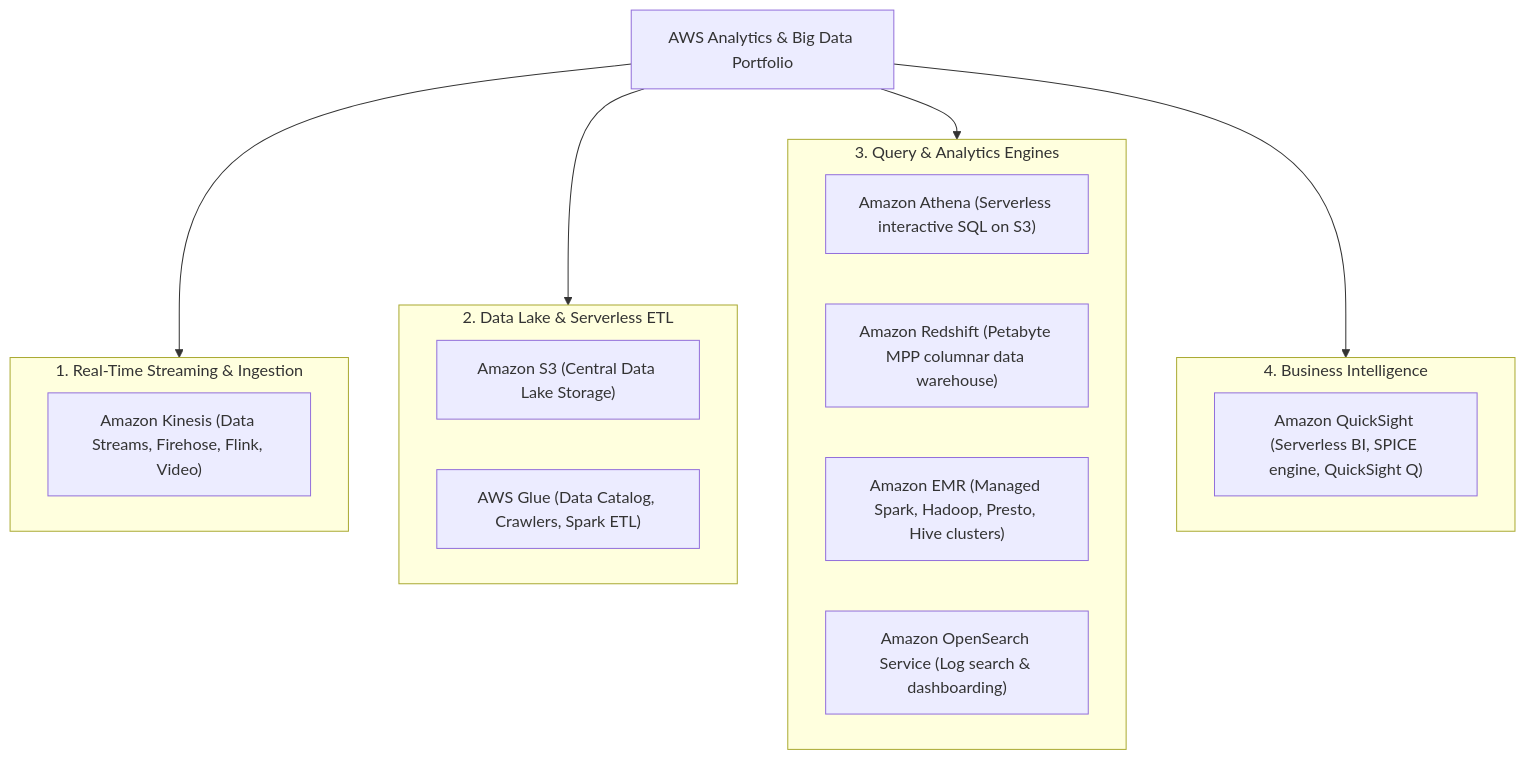
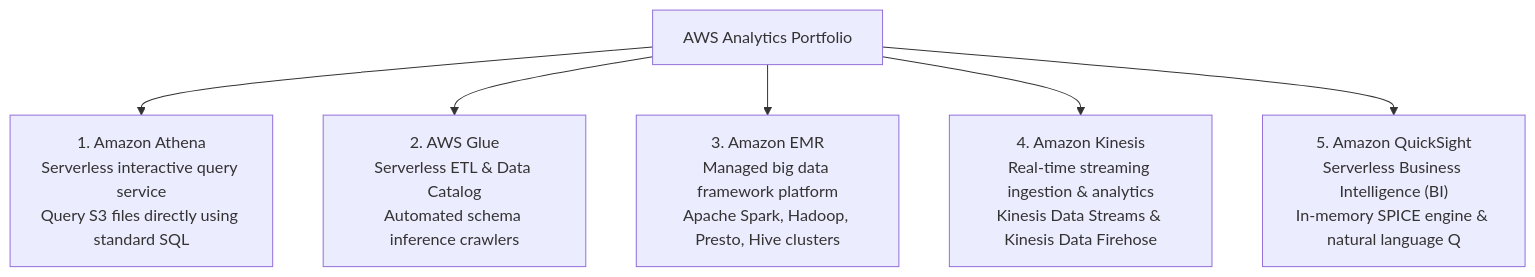
Before and after one commit to fakhruldeen/AWS: the second of 4 diagrams in Cloud/Practitioner/CLF-C02/06_Explanations/03_Technology_and_Services/Analytics_AI_and_Migration.md, drawn with Mermaid. The commit also changed other lines of this file and 18 other files, not shown here.

````diff
--- a/Cloud/Practitioner/CLF-C02/06_Explanations/03_Technology_and_Services/Analytics_AI_and_Migration.md
+++ b/Cloud/Practitioner/CLF-C02/06_Explanations/03_Technology_and_Services/Analytics_AI_and_Migration.md
@@ -23,29 +67,14 @@
 ```mermaid
-flowchart TD
-    Analytics["AWS Analytics & Big Data Portfolio"]
+graph TD
+    Analytics["AWS Analytics Portfolio"]
     
-    subgraph Streaming["1. Real-Time Streaming & Ingestion"]
-        Kinesis["Amazon Kinesis (Data Streams, Firehose, Flink, Video)"]
-    end
+    Analytics --> Athena["1. Amazon Athena<br/>Serverless interactive query service<br/>Query S3 files directly using standard SQL"]
     
-    subgraph Lake_ETL["2. Data Lake & Serverless ETL"]
-        S3Lake["Amazon S3 (Central Data Lake Storage)"]
-        Glue["AWS Glue (Data Catalog, Crawlers, Spark ETL)"]
-    end
+    Analytics --> Glue["2. AWS Glue<br/>Serverless ETL & Data Catalog<br/>Automated schema inference crawlers"]
     
-    subgraph Query_Engines["3. Query & Analytics Engines"]
-        Athena["Amazon Athena (Serverless interactive SQL on S3)"]
-        Redshift["Amazon Redshift (Petabyte MPP columnar data warehouse)"]
-        EMR["Amazon EMR (Managed Spark, Hadoop, Presto, Hive clusters)"]
-        OpenSearch["Amazon OpenSearch Service (Log search & dashboarding)"]
-    end
+    Analytics --> EMR["3. Amazon EMR<br/>Managed big data framework platform<br/>Apache Spark, Hadoop, Presto, Hive clusters"]
     
-    subgraph BI_Viz["4. Business Intelligence"]
-        QuickSight["Amazon QuickSight (Serverless BI, SPICE engine, QuickSight Q)"]
-    end
+    Analytics --> Kinesis["4. Amazon Kinesis<br/>Real-time streaming ingestion & analytics<br/>Kinesis Data Streams & Kinesis Data Firehose"]
     
-    Analytics --> Streaming
-    Analytics --> Lake_ETL
-    Analytics --> Query_Engines
-    Analytics --> BI_Viz
+    Analytics --> QuickSight["5. Amazon QuickSight<br/>Serverless Business Intelligence (BI)<br/>In-memory SPICE engine & natural language Q"]
 ```
````
